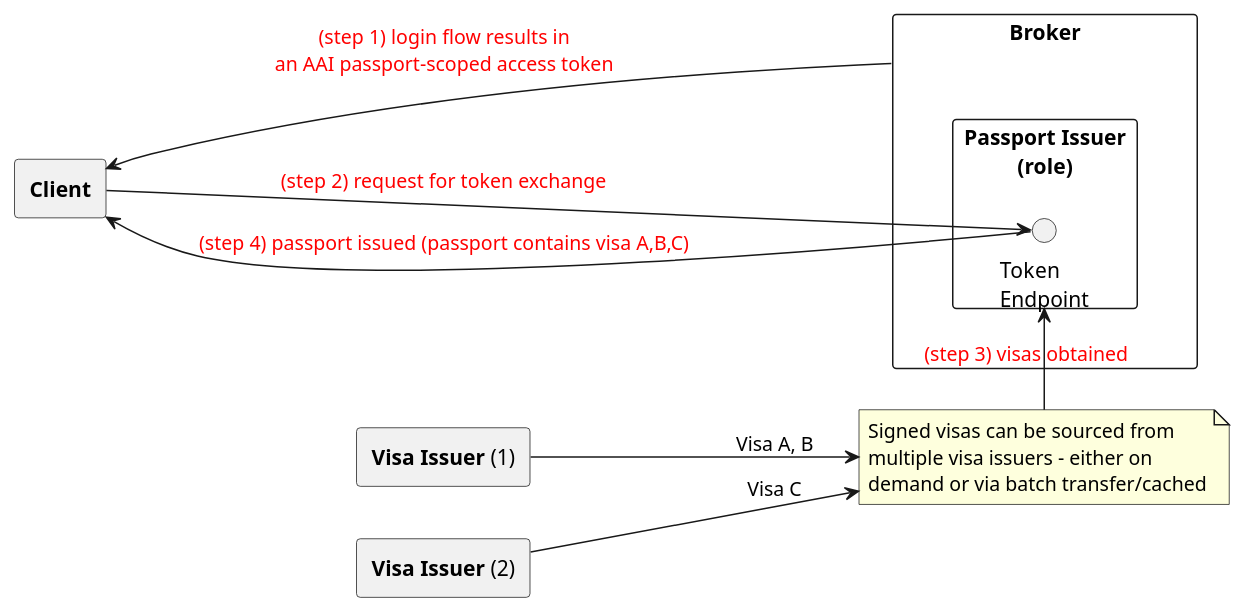
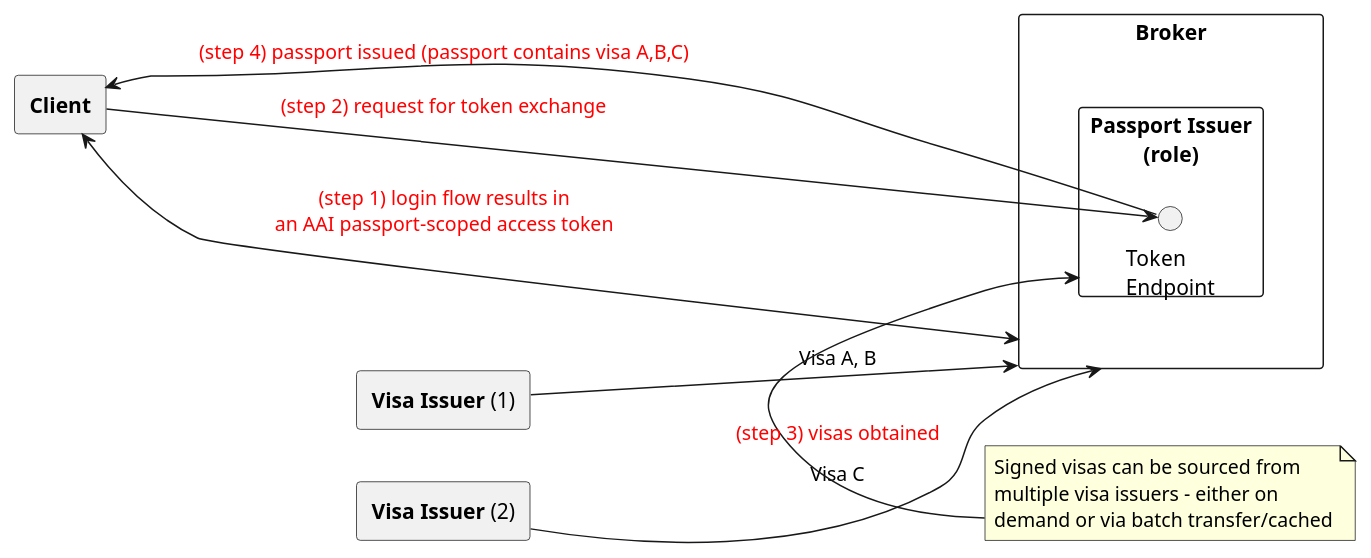
Before and after one commit to ga4gh/data-security: the fourth of 4 diagrams in AAI/AAIConnectProfile.md, drawn with PlantUML. The commit also changed other lines of this file, not shown here.

```diff
--- a/AAI/AAIConnectProfile.md
+++ b/AAI/AAIConnectProfile.md
@@ -578,26 +637,26 @@
 @startuml
 skinparam componentStyle rectangle
 left to right direction
 
 component "<b>Client</b>" as Client
 
 component "<b>Broker</b>" as Broker {
 component "<b>Passport Issuer</b>\n(role)" as PassportIssuer {
 interface "Token\nEndpoint" as TokenEndpoint
 }
 }
 
 component "<b>Visa Issuer</b> (1)" as VisaIssuer1
 component "<b>Visa Issuer</b> (2)" as VisaIssuer2
 
 note "Signed visas can be sourced from\nmultiple visa issuers - either on\ndemand or via batch transfer/cached" as VisaNote
 
-VisaIssuer1 --> VisaNote : Visa A, B
-VisaIssuer2 --> VisaNote : Visa C
+VisaIssuer1 --> Broker : Visa A, B
+VisaIssuer2 --> Broker : Visa C
 
-Client <-- Broker #text:red : (step 1) login flow results in\nan AAI passport-scoped access token
+Client <--> Broker #text:red : (step 1) login flow results in\nan AAI passport-scoped access token
 Client ---> TokenEndpoint #text:red : (step 2) request for token exchange
 VisaNote ---right---> PassportIssuer #text:red : (step 3) visas obtained
 Client <-- TokenEndpoint  #text:red : (step 4) passport issued (passport contains visa A,B,C)
 
 @enduml    
```
